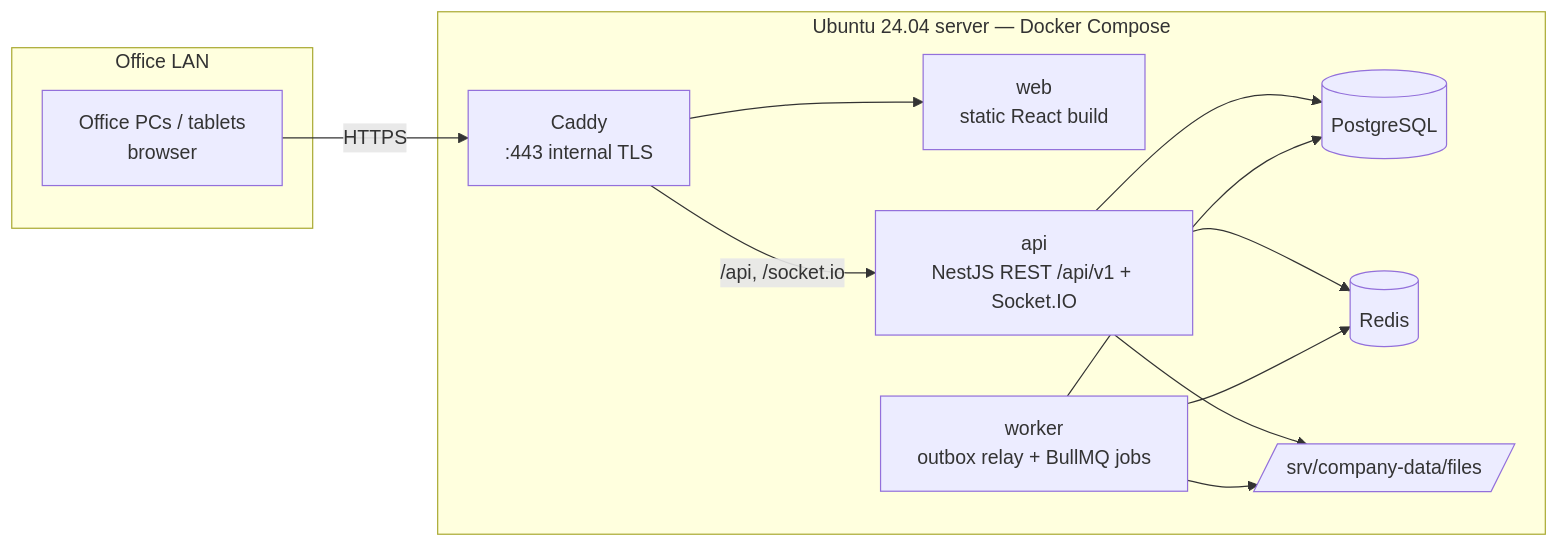
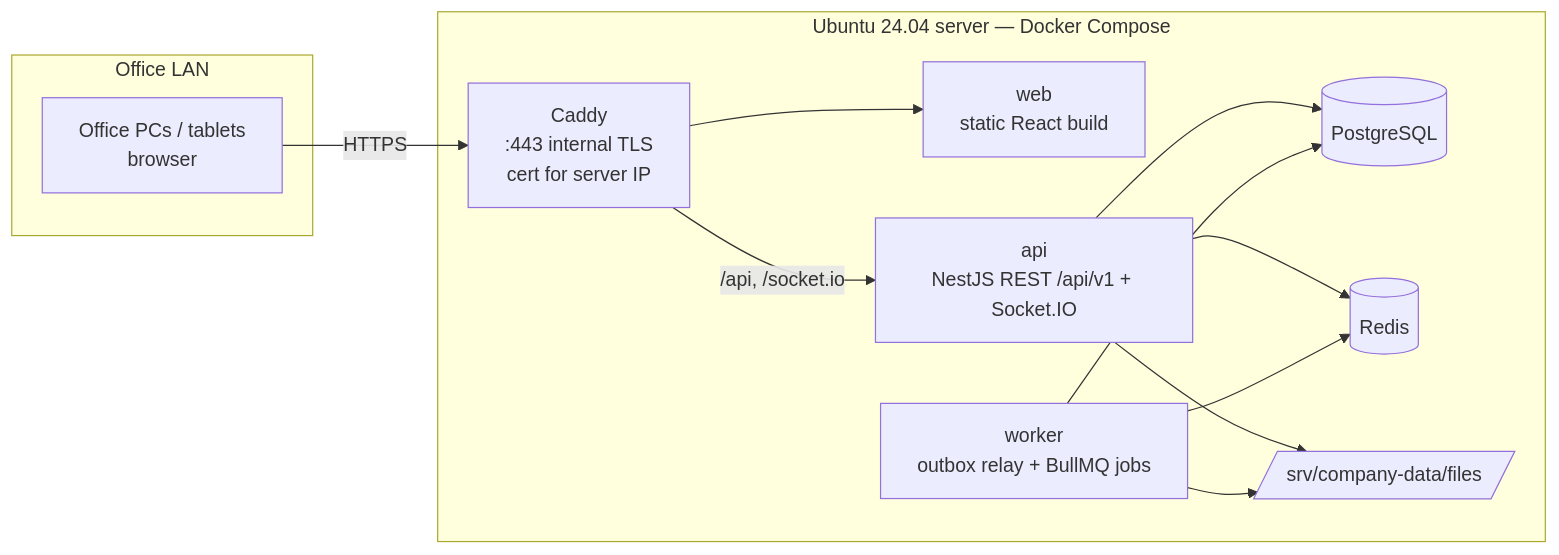
The diagram in docs/00-architecture.md (printajo-dev/bayan-jobflow), drawn with Mermaid before and after one commit. The commit also changed other lines of this file and 7 other files, not shown here.

````diff
--- a/docs/00-architecture.md
+++ b/docs/00-architecture.md
@@ -11,24 +11,24 @@
 ```mermaid
 flowchart LR
   subgraph LAN[Office LAN]
     PC[Office PCs / tablets<br/>browser]
   end
   subgraph Server[Ubuntu 24.04 server — Docker Compose]
-    Caddy[Caddy<br/>:443 internal TLS]
+    Caddy[Caddy<br/>:443 internal TLS<br/>cert for server IP]
     Web[web<br/>static React build]
     API[api<br/>NestJS REST /api/v1 + Socket.IO]
     Worker[worker<br/>outbox relay + BullMQ jobs]
     PG[(PostgreSQL)]
     Redis[(Redis)]
     Files[/srv/company-data/files/]
   end
   PC -- HTTPS --> Caddy
   Caddy --> Web
   Caddy -- /api, /socket.io --> API
   API --> PG
   API --> Redis
   API --> Files
   Worker --> PG
   Worker --> Redis
   Worker --> Files
 ```
````
